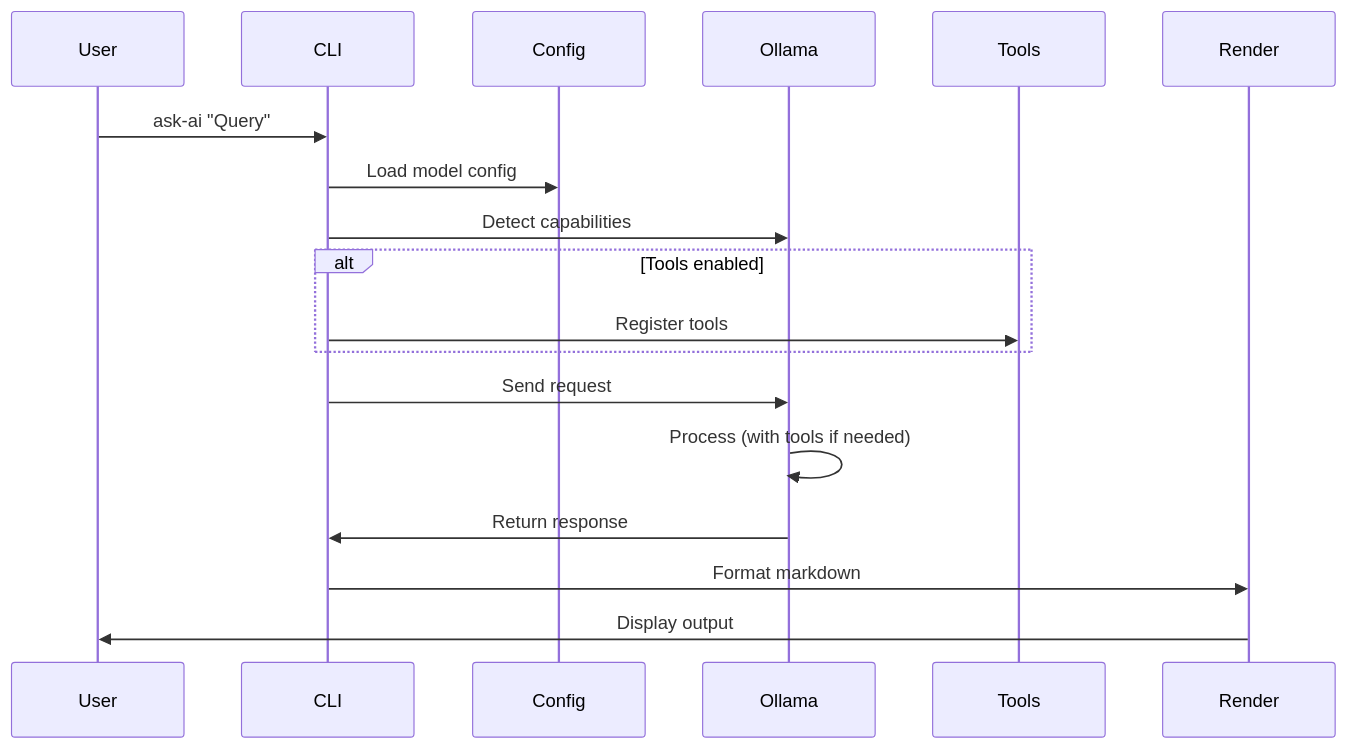
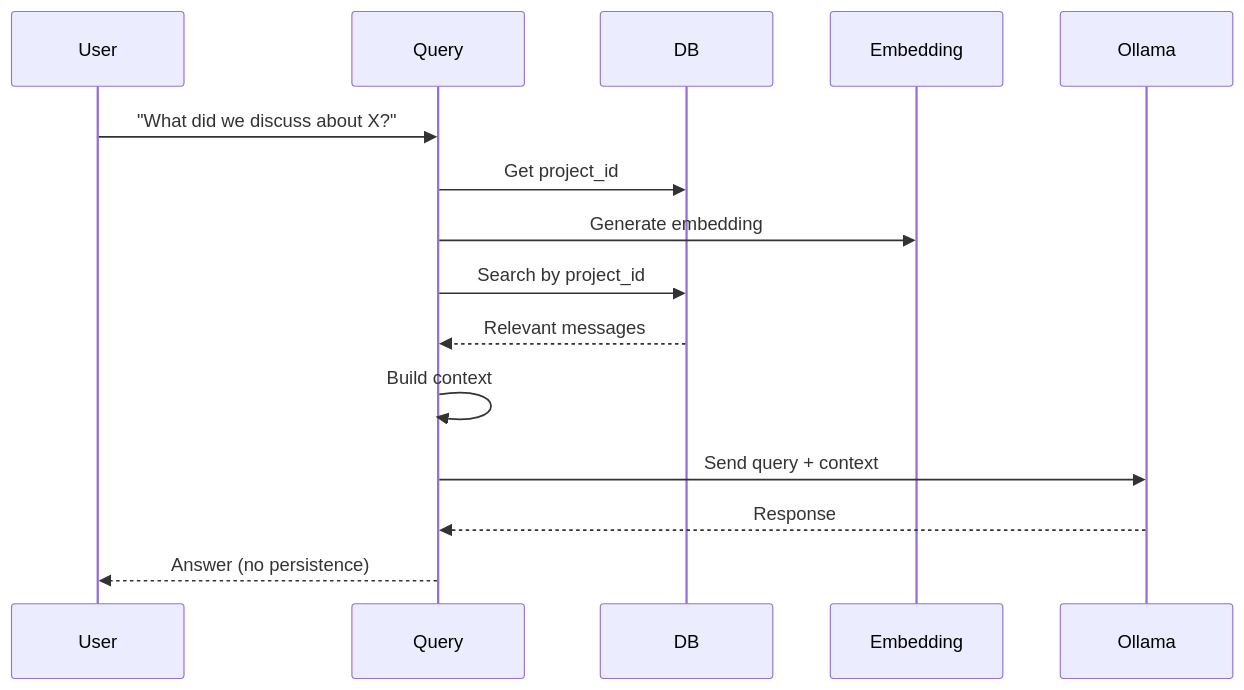
Before and after one commit to luksamuk/sprachspiel: the fifth of 7 diagrams in doc/src/development/architecture.md, drawn with Mermaid. The commit also changed other lines of this file and 41 other files, not shown here.

````diff
--- a/doc/src/development/architecture.md
+++ b/doc/src/development/architecture.md
@@ -195,21 +291,18 @@
 ```mermaid
 sequenceDiagram
     participant User
-    participant CLI
-    participant Config
+    participant Query
+    participant DB
+    participant Embedding
     participant Ollama
-    participant Tools
-    participant Render
-
-    User->>CLI: ask-ai "Query"
-    CLI->>Config: Load model config
-    CLI->>Ollama: Detect capabilities
-    alt Tools enabled
-        CLI->>Tools: Register tools
-    end
-    CLI->>Ollama: Send request
-    Ollama->>Ollama: Process (with tools if needed)
-    Ollama->>CLI: Return response
-    CLI->>Render: Format markdown
-    Render->>User: Display output
+    
+    User->>Query: "What did we discuss about X?"
+    Query->>DB: Get project_id
+    Query->>Embedding: Generate embedding
+    Query->>DB: Search by project_id
+    DB-->>Query: Relevant messages
+    Query->>Query: Build context
+    Query->>Ollama: Send query + context
+    Ollama-->>Query: Response
+    Query-->>User: Answer (no persistence)
 ```
````
